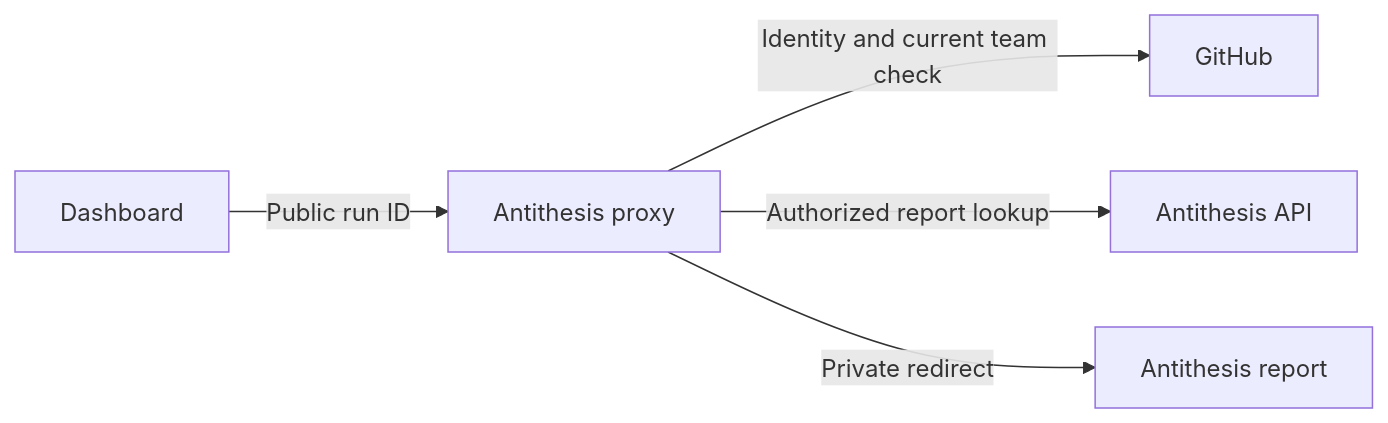
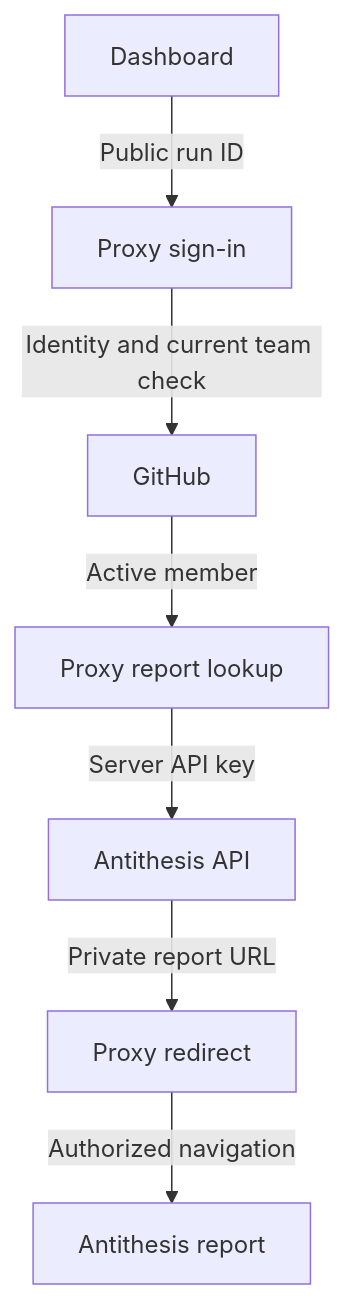
Before and after one commit to lambdasistemi/moog-antithesis-dashboard: the diagram in specs/38-report-links/spec.md, drawn with Mermaid. The commit also changed 9 other files, not shown here.

Commit message:
feat: open run reports through the Antithesis proxy

````diff
--- a/specs/38-report-links/spec.md
+++ b/specs/38-report-links/spec.md
@@ -12,7 +12,9 @@
 ```mermaid
-flowchart LR
-  D[Dashboard] -->|Public run ID| P[Antithesis proxy]
+flowchart TB
+  D[Dashboard] -->|Public run ID| P[Proxy sign-in]
   P -->|Identity and current team check| G[GitHub]
-  P -->|Authorized report lookup| A[Antithesis API]
-  P -->|Private redirect| R[Antithesis report]
+  G -->|Active member| L[Proxy report lookup]
+  L -->|Server API key| A[Antithesis API]
+  A -->|Private report URL| R[Proxy redirect]
+  R -->|Authorized navigation| T[Antithesis report]
 ```
````
